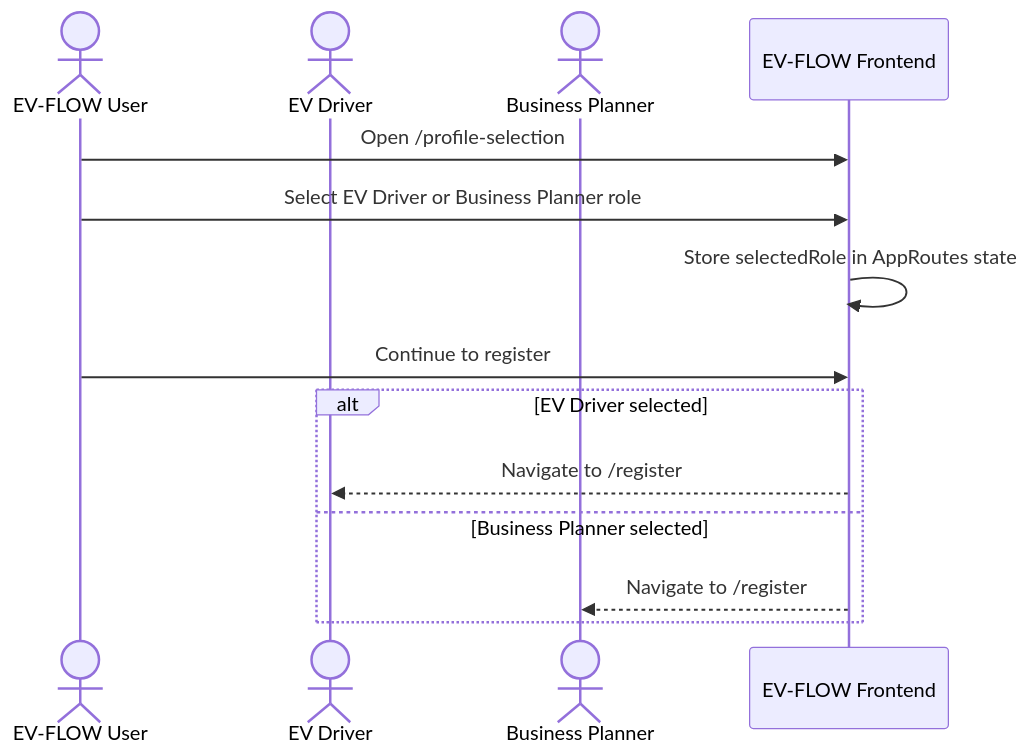
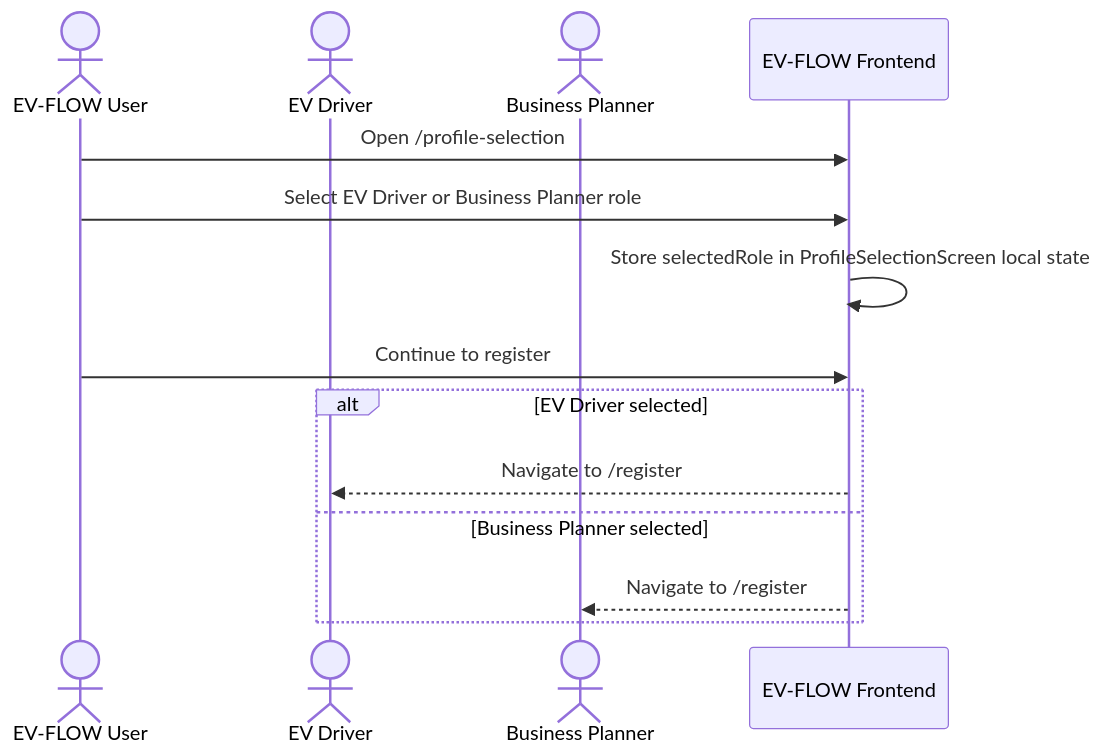
The eighth of 19 diagrams in docs/USER_FLOW_DIAGRAMS.md (nkwxn/evflow-full-app), drawn with Mermaid before and after one commit. The commit also changed other lines of this file and 98 other files, not shown here.

````diff
--- a/docs/USER_FLOW_DIAGRAMS.md
+++ b/docs/USER_FLOW_DIAGRAMS.md
@@ -189,17 +189,17 @@
 ```mermaid
 sequenceDiagram
   actor User as EV-FLOW User
   actor Driver as EV Driver
   actor Planner as Business Planner
   participant UI as EV-FLOW Frontend
 
   User->>UI: Open /profile-selection
   User->>UI: Select EV Driver or Business Planner role
-  UI->>UI: Store selectedRole in AppRoutes state
+  UI->>UI: Store selectedRole in ProfileSelectionScreen local state
   User->>UI: Continue to register
   alt EV Driver selected
     UI-->>Driver: Navigate to /register
   else Business Planner selected
     UI-->>Planner: Navigate to /register
   end
 ```
````
